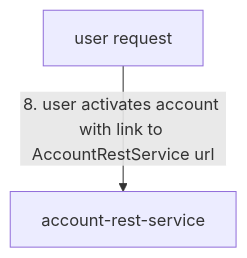
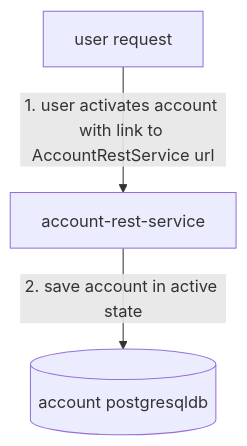
One commit to sonamsamdupkhangsar/sonamsamdupkhangsar.github.io changed the third of 5 diagrams in README.md. Above: the diagram before and after it, drawn with Mermaid. The commit also changed other lines of this file, not shown here.

Commit message:
add db for account activation

````diff
--- a/README.md
+++ b/README.md
@@ -50,4 +50,5 @@
 ```mermaid
 flowchart TD
-    UserRequest[user request] -->|8. user activates account with link to AccountRestService url| AccountRestService[account-rest-service]
+    UserRequest[user request] -->|1. user activates account with link to AccountRestService url| AccountRestService[account-rest-service]
+    AccountRestService --> |2. save account in active state| AccountPgsqlDb[(account postgresqldb)]
 ```
````
